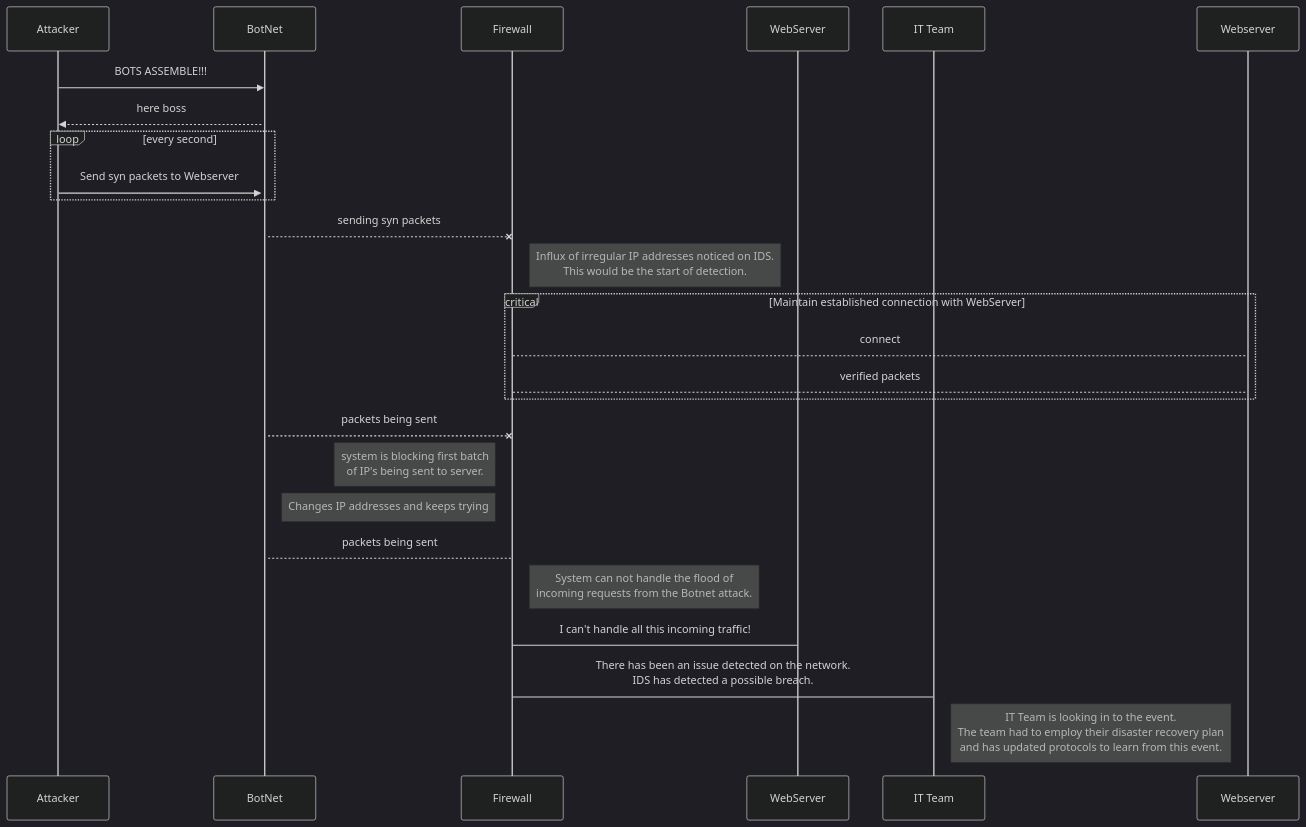
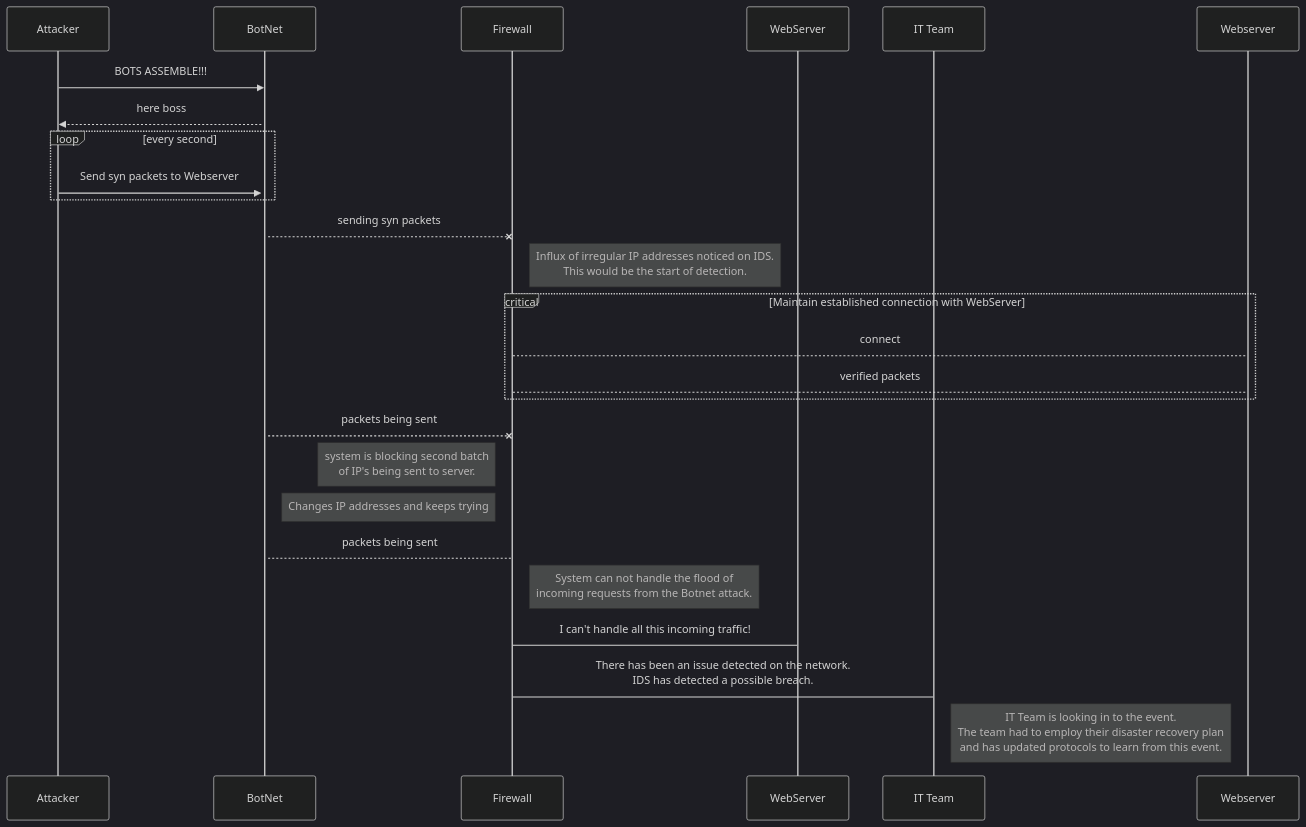
One commit to QJCampbell/QJCampbell.github.io changed the diagram in DDoS_Attack_Sequence.md. Above: the diagram before and after it, drawn with Mermaid (dark theme).

````diff
--- a/DDoS_Attack_Sequence.md
+++ b/DDoS_Attack_Sequence.md
@@ -2,31 +2,31 @@
 ```mermaid
 sequenceDiagram
  participant Attacker
  participant BotNet
  participant Firewall
  participant WebServer
  participant IT Team
 
 Attacker->>BotNet: BOTS ASSEMBLE!!!
 activate BotNet
 BotNet-->>Attacker: here boss
 loop every second
  Attacker->>BotNet: Send syn packets to Webserver
 end
 BotNet--xFirewall: sending syn packets
 Note right of Firewall: Influx of irregular IP addresses noticed on IDS.<br/>This would be the start of detection.
 critical Maintain established connection with WebServer
  Firewall-->Webserver: connect
  Firewall-->Webserver: verified packets
 end
 BotNet--xFirewall: packets being sent
-note left of Firewall: system is blocking first batch<br/>of IP's being sent to server.
+note left of Firewall: system is blocking second batch<br/>of IP's being sent to server.
 note right of BotNet: Changes IP addresses and keeps trying
 BotNet-->Firewall: packets being sent
 note right of Firewall: System can not handle the flood of<br/>incoming requests from the Botnet attack.
 WebServer->Firewall: I can't handle all this incoming traffic!
 Firewall-> IT Team: There has been an issue detected on the network.<br/>IDS has detected a possible breach.
 note right of IT Team: IT Team is looking in to the event.<br/>The team had to employ their disaster recovery plan<br/>and has updated protocols to learn from this event.
 
 
 ```
````
